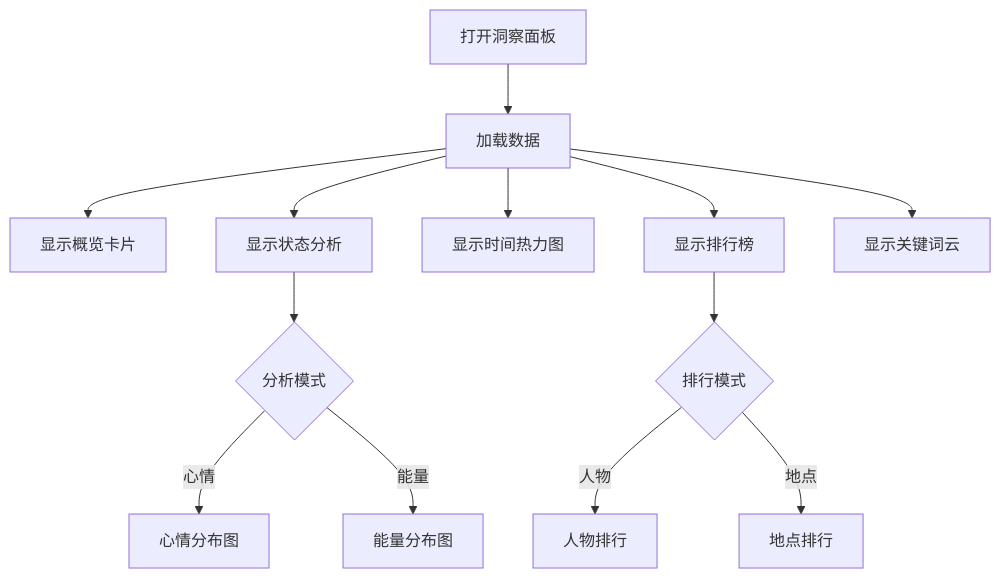
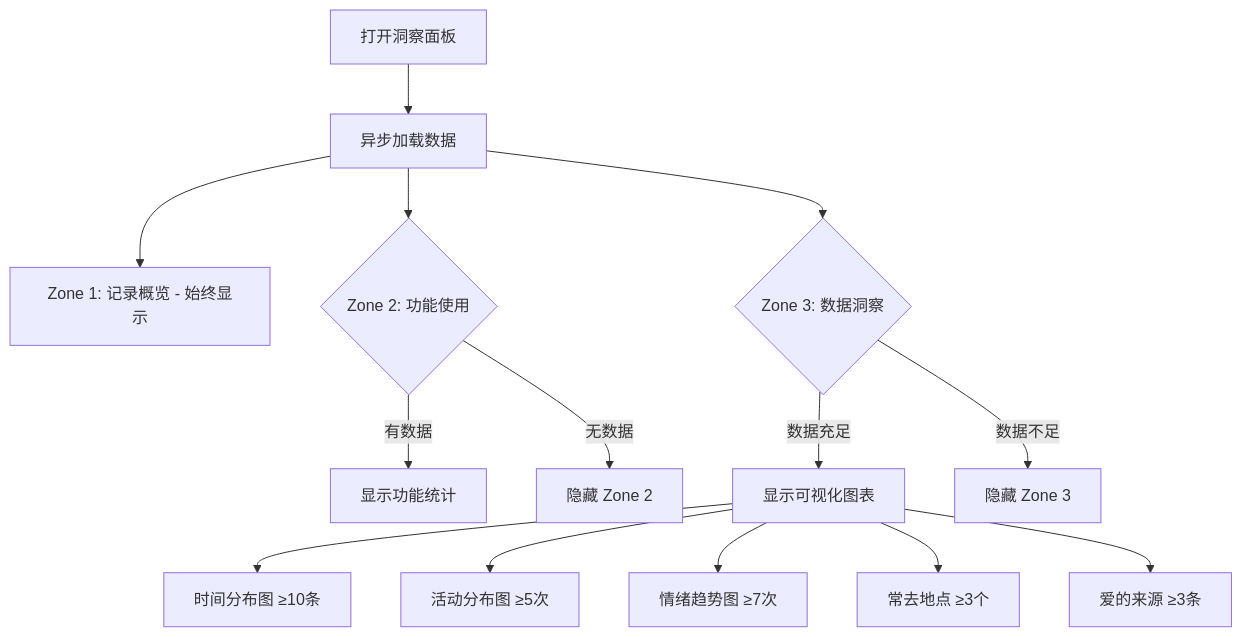
Before and after one commit to Hanyan179/zhijing: the first of 2 diagrams in Docs/features/insight.md, drawn with Mermaid. The commit also changed other lines of this file and 101 other files, not shown here.

````diff
--- a/Docs/features/insight.md
+++ b/Docs/features/insight.md
@@ -28,17 +28,17 @@
 ```mermaid
 flowchart TD
-    A[打开洞察面板] --> B[加载数据]
-    B --> C[显示概览卡片]
-    B --> D[显示状态分析]
-    B --> E[显示时间热力图]
-    B --> F[显示排行榜]
-    B --> G[显示关键词云]
+    A[打开洞察面板] --> B[异步加载数据]
+    B --> C[Zone 1: 记录概览 - 始终显示]
+    B --> D{Zone 2: 功能使用}
+    D -->|有数据| E[显示功能统计]
+    D -->|无数据| F[隐藏 Zone 2]
+    B --> G{Zone 3: 数据洞察}
+    G -->|数据充足| H[显示可视化图表]
+    G -->|数据不足| I[隐藏 Zone 3]
     
-    D --> H{分析模式}
-    H -->|心情| I[心情分布图]
-    H -->|能量| J[能量分布图]
-    
-    F --> K{排行模式}
-    K -->|人物| L[人物排行]
-    K -->|地点| M[地点排行]
+    H --> J[时间分布图 ≥10条]
+    H --> K[活动分布图 ≥5次]
+    H --> L[情绪趋势图 ≥7次]
+    H --> M[常去地点 ≥3个]
+    H --> N[爱的来源 ≥3条]
 ```
````
